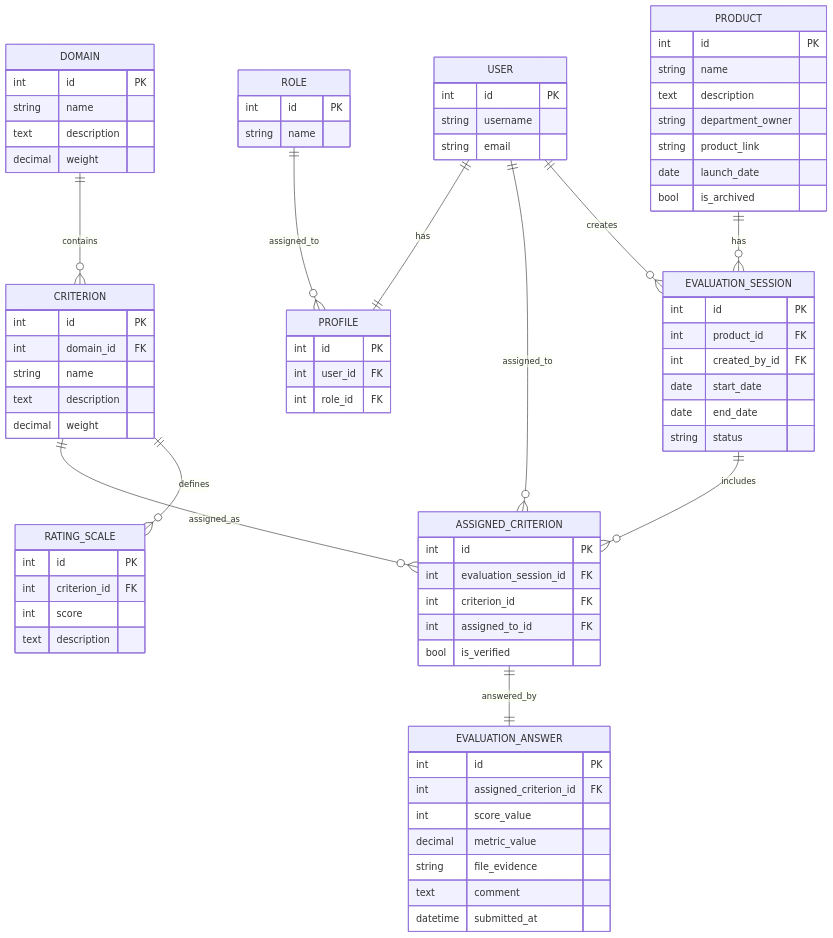
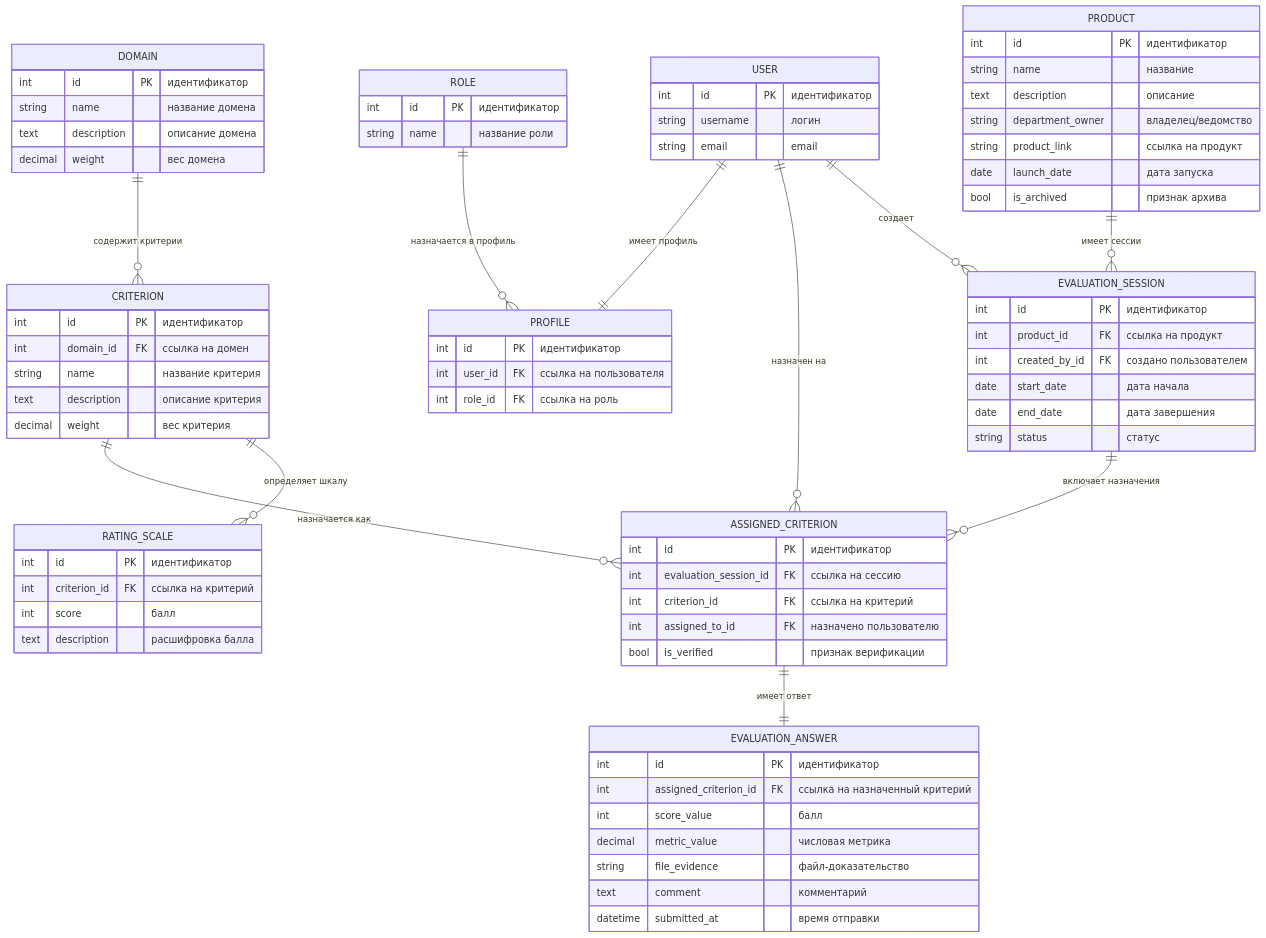
Before and after one commit to Makshota12/Region_products: the fifth of 11 diagrams in README.md, drawn with Mermaid. The commit also changed other lines of this file, not shown here.

Commit message:
docs(readme): русифицировать ER-блок базы данных
Переведен раздел структуры базы данных в README, включая текстовую ER-схему, Mermaid-диаграмму и строковые значения для русскоязычной визуализации.

Made-with: Cursor

````diff
--- a/README.md
+++ b/README.md
@@ -394,90 +394,90 @@
 ```mermaid
 %%{init: {'theme':'default', 'themeVariables': {'background':'#ffffff'}}}%%
 erDiagram
-    PRODUCT ||--o{ EVALUATION_SESSION : has
-    DOMAIN ||--o{ CRITERION : contains
-    CRITERION ||--o{ RATING_SCALE : defines
-    EVALUATION_SESSION ||--o{ ASSIGNED_CRITERION : includes
-    CRITERION ||--o{ ASSIGNED_CRITERION : assigned_as
-    ASSIGNED_CRITERION ||--|| EVALUATION_ANSWER : answered_by
-    USER ||--o{ EVALUATION_SESSION : creates
-    USER ||--o{ ASSIGNED_CRITERION : assigned_to
-    USER ||--|| PROFILE : has
-    ROLE ||--o{ PROFILE : assigned_to
+    PRODUCT ||--o{ EVALUATION_SESSION : "имеет сессии"
+    DOMAIN ||--o{ CRITERION : "содержит критерии"
+    CRITERION ||--o{ RATING_SCALE : "определяет шкалу"
+    EVALUATION_SESSION ||--o{ ASSIGNED_CRITERION : "включает назначения"
+    CRITERION ||--o{ ASSIGNED_CRITERION : "назначается как"
+    ASSIGNED_CRITERION ||--|| EVALUATION_ANSWER : "имеет ответ"
+    USER ||--o{ EVALUATION_SESSION : "создает"
+    USER ||--o{ ASSIGNED_CRITERION : "назначен на"
+    USER ||--|| PROFILE : "имеет профиль"
+    ROLE ||--o{ PROFILE : "назначается в профиль"
 
     PRODUCT {
-        int id PK
-        string name
-        text description
-        string department_owner
-        string product_link
-        date launch_date
-        bool is_archived
+        int id PK "идентификатор"
+        string name "название"
+        text description "описание"
+        string department_owner "владелец/ведомство"
+        string product_link "ссылка на продукт"
+        date launch_date "дата запуска"
+        bool is_archived "признак архива"
     }
 
     DOMAIN {
-        int id PK
-        string name
-        text description
-        decimal weight
+        int id PK "идентификатор"
+        string name "название домена"
+        text description "описание домена"
+        decimal weight "вес домена"
     }
 
     CRITERION {
-        int id PK
-        int domain_id FK
-        string name
-        text description
-        decimal weight
+        int id PK "идентификатор"
+        int domain_id FK "ссылка на домен"
+        string name "название критерия"
+        text description "описание критерия"
+        decimal weight "вес критерия"
     }
 
     RATING_SCALE {
-        int id PK
-        int criterion_id FK
-        int score
-        text description
+        int id PK "идентификатор"
+        int criterion_id FK "ссылка на критерий"
+        int score "балл"
+        text description "расшифровка балла"
     }
 
     EVALUATION_SESSION {
-        int id PK
-        int product_id FK
-        int created_by_id FK
-        date start_date
-        date end_date
-        string status
+        int id PK "идентификатор"
+        int product_id FK "ссылка на продукт"
+        int created_by_id FK "создано пользователем"
+        date start_date "дата начала"
+        date end_date "дата завершения"
+        string status "статус"
     }
 
     ASSIGNED_CRITERION {
-        int id PK
-        int evaluation_session_id FK
-        int criterion_id FK
-        int assigned_to_id FK
-        bool is_verified
+        int id PK "идентификатор"
+        int evaluation_session_id FK "ссылка на сессию"
+        int criterion_id FK "ссылка на критерий"
+        int assigned_to_id FK "назначено пользователю"
+        bool is_verified "признак верификации"
     }
 
     EVALUATION_ANSWER {
-        int id PK
-        int assigned_criterion_id FK
-        int score_value
-        decimal metric_value
-        string file_evidence
-        text comment
-        datetime submitted_at
+        int id PK "идентификатор"
+        int assigned_criterion_id FK "ссылка на назначенный критерий"
+        int score_value "балл"
+        decimal metric_value "числовая метрика"
+        string file_evidence "файл-доказательство"
+        text comment "комментарий"
+        datetime submitted_at "время отправки"
     }
 
     USER {
-        int id PK
-        string username
-        string email
+        int id PK "идентификатор"
+        string username "логин"
+        string email "email"
     }
 
     PROFILE {
-        int id PK
-        int user_id FK
-        int role_id FK
+        int id PK "идентификатор"
+        int user_id FK "ссылка на пользователя"
+        int role_id FK "ссылка на роль"
     }
 
     ROLE {
-        int id PK
-        string name
+        int id PK "идентификатор"
+        string name "название роли"
     }
 ```
````
